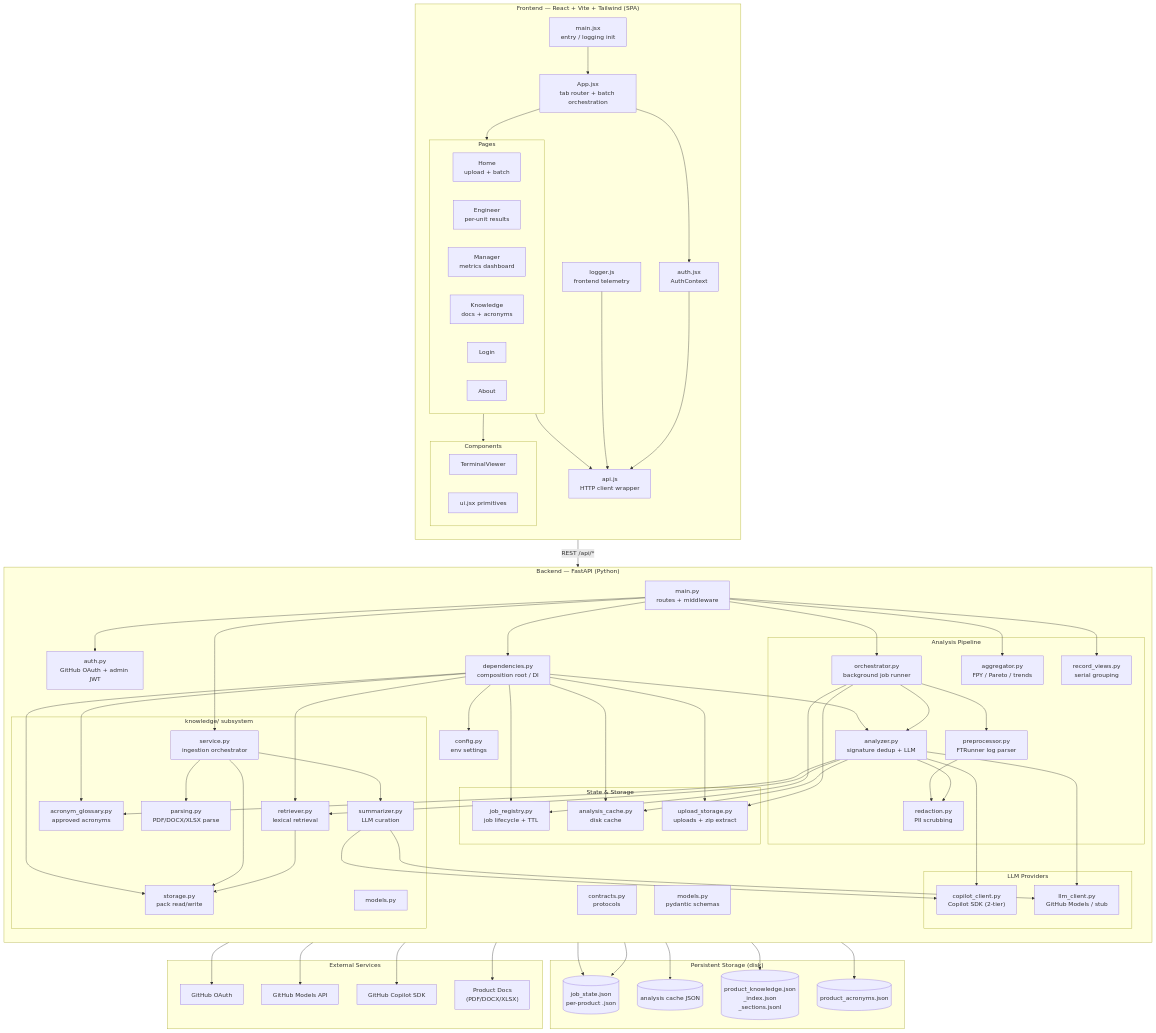
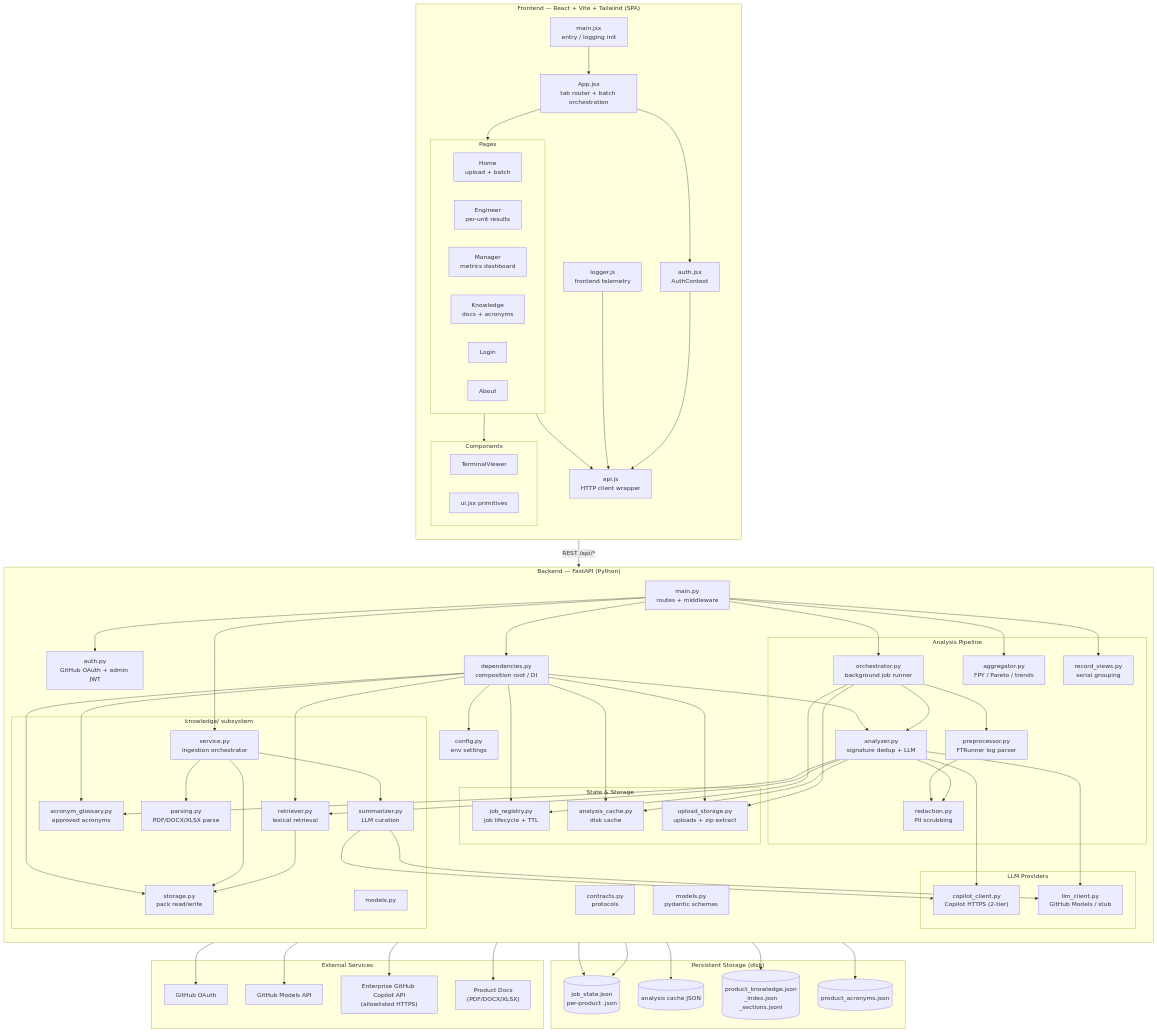
One commit to murumlai/Co-Trace changed the first of 8 diagrams in architecture.md. Above: the diagram before and after it, drawn with Mermaid. The commit also changed other lines of this file and 3 other files, not shown here.

First line of the commit message:
docs: document HTTPS Copilot configuration

```diff
--- a/architecture.md
+++ b/architecture.md
@@ -54,7 +54,7 @@
         end
 
         subgraph LLM["LLM Providers"]
-            CopilotClient["copilot_client.py<br/>Copilot SDK (2-tier)"]
+            CopilotClient["copilot_client.py<br/>Copilot HTTPS (2-tier)"]
             LlmClient["llm_client.py<br/>GitHub Models / stub"]
         end
 
@@ -79,7 +79,7 @@
     subgraph External["External Services"]
         GitHub["GitHub OAuth"]
         Models_API["GitHub Models API"]
-        CopilotSDK["GitHub Copilot SDK"]
+        CopilotSDK["Enterprise GitHub Copilot API<br/>(allowlisted HTTPS)"]
         Docs["Product Docs<br/>(PDF/DOCX/XLSX)"]
     end
 
```
